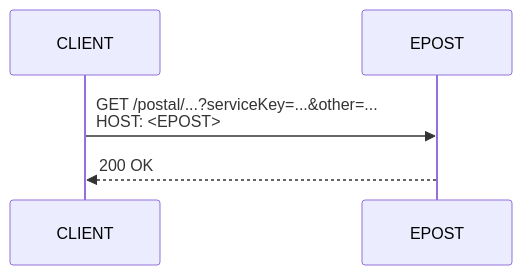
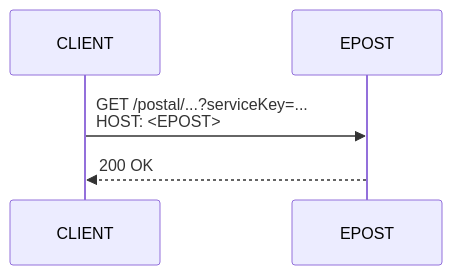
Before and after one commit to jinahya/epost-openapi-proxy: the first of 3 diagrams in README.md, drawn with Mermaid. The commit also changed other lines of this file, not shown here.

````diff
--- a/README.md
+++ b/README.md
@@ -15,6 +15,6 @@
 ```mermaid
 %%{init: { 'sequence': {'messageAlign': 'left'}, 'fontFamily': 'monospace' }}%%
 sequenceDiagram
-    CLIENT->>EPOST: GET /postal/...?serviceKey=...&other=...<br>HOST: <EPOST>
+    CLIENT->>EPOST: GET /postal/...?serviceKey=...<br>HOST: <EPOST>
     EPOST-->>CLIENT: 200 OK
 ```
````
